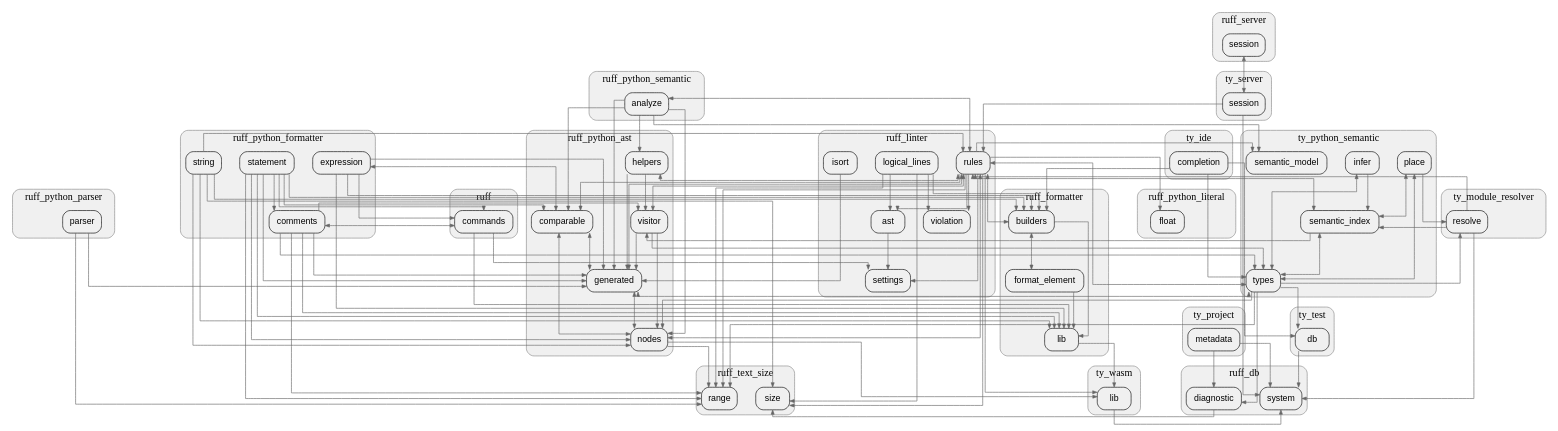
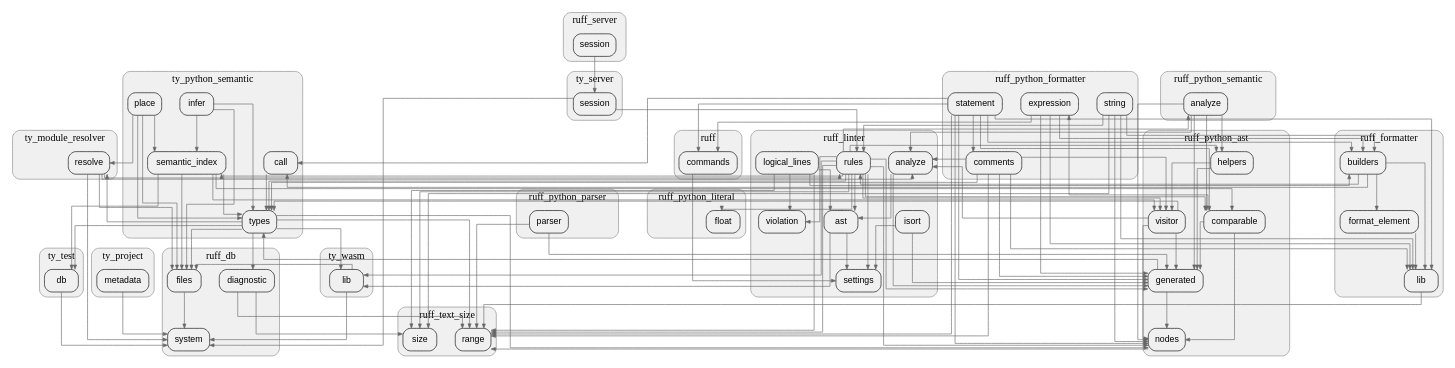
One commit to allenanswerzq/llmcc changed the diagram in sample/rust/ruff-pagerank/depth_2_module.dot. Above: the diagram before and after it, drawn with Graphviz. The commit also changed 237 other files, not shown here.

```diff
--- a/sample/rust/ruff-pagerank/depth_2_module.dot
+++ b/sample/rust/ruff-pagerank/depth_2_module.dot
@@ -31,6 +31,7 @@
     fontname="Helvetica Bold";
 
     mod_ruff_db_diagnostic[label="diagnostic"];
+    mod_ruff_db_files[label="files"];
     mod_ruff_db_system[label="system"];
   }
 
@@ -53,6 +54,7 @@
     bgcolor="#f0f0f0";
     fontname="Helvetica Bold";
 
+    mod_ruff_linter_analyze[label="analyze"];
     mod_ruff_linter_ast[label="ast"];
     mod_ruff_linter_isort[label="isort"];
     mod_ruff_linter_logical_lines[label="logical_lines"];
@@ -139,16 +141,6 @@
     mod_ruff_text_size_size[label="size"];
   }
 
-  subgraph cluster_ty_ide {
-    label="ty_ide";
-    style=rounded;
-    color="#888888";
-    bgcolor="#f0f0f0";
-    fontname="Helvetica Bold";
-
-    mod_ty_ide_completion[label="completion"];
-  }
-
   subgraph cluster_ty_module_resolver {
     label="ty_module_resolver";
     style=rounded;
@@ -176,10 +168,10 @@
     bgcolor="#f0f0f0";
     fontname="Helvetica Bold";
 
+    mod_ty_python_semantic_call[label="call"];
     mod_ty_python_semantic_infer[label="infer"];
     mod_ty_python_semantic_place[label="place"];
     mod_ty_python_semantic_semantic_index[label="semantic_index"];
-    mod_ty_python_semantic_semantic_model[label="semantic_model"];
     mod_ty_python_semantic_types[label="types"];
   }
 
@@ -214,16 +206,21 @@
   }
 
 
-  mod_ruff_commands -> mod_ruff_formatter_lib;
   mod_ruff_commands -> mod_ruff_linter_settings;
-  mod_ruff_commands -> mod_ruff_python_formatter_comments [dir=both]; // dir best-effort not accurate
+  mod_ruff_db_diagnostic -> mod_ruff_text_size_range;
   mod_ruff_db_diagnostic -> mod_ruff_text_size_size;
-  mod_ruff_formatter_builders -> mod_ruff_formatter_format_element [dir=both]; // dir best-effort not accurate
+  mod_ruff_db_files -> mod_ruff_db_system;
+  mod_ruff_formatter_builders -> mod_ruff_formatter_format_element;
   mod_ruff_formatter_builders -> mod_ruff_formatter_lib;
-  mod_ruff_formatter_builders -> mod_ruff_linter_rules [dir=both]; // dir best-effort not accurate
+  mod_ruff_formatter_builders -> mod_ruff_linter_rules;
+  mod_ruff_formatter_builders -> mod_ty_python_semantic_call;
   mod_ruff_formatter_format_element -> mod_ruff_formatter_lib;
-  mod_ruff_formatter_lib -> mod_ty_wasm_lib;
+  mod_ruff_formatter_lib -> mod_ruff_text_size_range;
+  mod_ruff_linter_analyze -> mod_ruff_linter_ast;
+  mod_ruff_linter_analyze -> mod_ruff_python_ast_generated;
   mod_ruff_linter_ast -> mod_ruff_linter_settings;
+  mod_ruff_linter_ast -> mod_ty_wasm_lib;
+  mod_ruff_linter_isort -> mod_ruff_linter_settings;
   mod_ruff_linter_isort -> mod_ruff_python_ast_generated;
   mod_ruff_linter_logical_lines -> mod_ruff_formatter_builders;
   mod_ruff_linter_logical_lines -> mod_ruff_linter_ast;
@@ -234,31 +231,31 @@
   mod_ruff_linter_rules -> mod_ruff_linter_settings;
   mod_ruff_linter_rules -> mod_ruff_linter_violation;
   mod_ruff_linter_rules -> mod_ruff_python_ast_comparable;
-  mod_ruff_linter_rules -> mod_ruff_python_ast_generated [dir=both]; // dir best-effort not accurate
-  mod_ruff_linter_rules -> mod_ruff_python_ast_helpers [dir=both]; // dir best-effort not accurate
-  mod_ruff_linter_rules -> mod_ruff_python_ast_nodes [dir=both]; // dir best-effort not accurate
-  mod_ruff_linter_rules -> mod_ruff_python_ast_visitor [dir=both]; // dir best-effort not accurate
+  mod_ruff_linter_rules -> mod_ruff_python_ast_generated;
+  mod_ruff_linter_rules -> mod_ruff_python_ast_helpers;
+  mod_ruff_linter_rules -> mod_ruff_python_ast_nodes;
+  mod_ruff_linter_rules -> mod_ruff_python_ast_visitor;
   mod_ruff_linter_rules -> mod_ruff_python_literal_float;
-  mod_ruff_linter_rules -> mod_ruff_python_semantic_analyze [dir=both]; // dir best-effort not accurate
+  mod_ruff_linter_rules -> mod_ruff_python_semantic_analyze;
   mod_ruff_linter_rules -> mod_ruff_text_size_range;
   mod_ruff_linter_rules -> mod_ruff_text_size_size;
-  mod_ruff_linter_rules -> mod_ty_python_semantic_semantic_index [dir=both]; // dir best-effort not accurate
-  mod_ruff_linter_rules -> mod_ty_python_semantic_semantic_model;
-  mod_ruff_linter_rules -> mod_ty_python_semantic_types [dir=both]; // dir best-effort not accurate
+  mod_ruff_linter_rules -> mod_ty_python_semantic_semantic_index;
+  mod_ruff_linter_rules -> mod_ty_python_semantic_types;
   mod_ruff_linter_rules -> mod_ty_wasm_lib;
-  mod_ruff_python_ast_comparable -> mod_ruff_python_ast_generated [dir=both]; // dir best-effort not accurate
-  mod_ruff_python_ast_comparable -> mod_ruff_python_ast_nodes [dir=both]; // dir best-effort not accurate
-  mod_ruff_python_ast_comparable -> mod_ruff_python_formatter_expression [dir=both]; // dir best-effort not accurate
-  mod_ruff_python_ast_generated -> mod_ruff_python_ast_nodes [dir=both]; // dir best-effort not accurate
-  mod_ruff_python_ast_generated -> mod_ty_python_semantic_types [dir=both]; // dir best-effort not accurate
+  mod_ruff_python_ast_comparable -> mod_ruff_python_ast_generated;
+  mod_ruff_python_ast_comparable -> mod_ruff_python_ast_nodes;
+  mod_ruff_python_ast_comparable -> mod_ruff_python_formatter_expression;
+  mod_ruff_python_ast_generated -> mod_ruff_python_ast_nodes;
+  mod_ruff_python_ast_generated -> mod_ty_python_semantic_types;
   mod_ruff_python_ast_helpers -> mod_ruff_python_ast_generated;
   mod_ruff_python_ast_helpers -> mod_ruff_python_ast_visitor;
   mod_ruff_python_ast_nodes -> mod_ruff_text_size_range;
-  mod_ruff_python_ast_nodes -> mod_ty_wasm_lib;
+  mod_ruff_python_ast_visitor -> mod_ruff_linter_analyze;
   mod_ruff_python_ast_visitor -> mod_ruff_python_ast_generated;
   mod_ruff_python_ast_visitor -> mod_ruff_python_ast_nodes;
   mod_ruff_python_ast_visitor -> mod_ty_python_semantic_types;
   mod_ruff_python_formatter_comments -> mod_ruff_formatter_lib;
+  mod_ruff_python_formatter_comments -> mod_ruff_linter_analyze;
   mod_ruff_python_formatter_comments -> mod_ruff_python_ast_generated;
   mod_ruff_python_formatter_comments -> mod_ruff_python_ast_visitor;
   mod_ruff_python_formatter_comments -> mod_ruff_text_size_range;
@@ -275,6 +272,7 @@
   mod_ruff_python_formatter_statement -> mod_ruff_python_ast_nodes;
   mod_ruff_python_formatter_statement -> mod_ruff_python_formatter_comments;
   mod_ruff_python_formatter_statement -> mod_ruff_text_size_range;
+  mod_ruff_python_formatter_statement -> mod_ty_python_semantic_call;
   mod_ruff_python_formatter_string -> mod_ruff_formatter_builders;
   mod_ruff_python_formatter_string -> mod_ruff_formatter_lib;
   mod_ruff_python_formatter_string -> mod_ruff_linter_rules;
@@ -282,34 +280,40 @@
   mod_ruff_python_formatter_string -> mod_ruff_text_size_size;
   mod_ruff_python_parser_parser -> mod_ruff_python_ast_generated;
   mod_ruff_python_parser_parser -> mod_ruff_text_size_range;
+  mod_ruff_python_semantic_analyze -> mod_ruff_linter_analyze;
   mod_ruff_python_semantic_analyze -> mod_ruff_python_ast_comparable;
   mod_ruff_python_semantic_analyze -> mod_ruff_python_ast_generated;
   mod_ruff_python_semantic_analyze -> mod_ruff_python_ast_helpers;
   mod_ruff_python_semantic_analyze -> mod_ruff_python_ast_nodes;
-  mod_ruff_python_semantic_analyze -> mod_ty_python_semantic_semantic_model;
-  mod_ruff_server_session -> mod_ty_server_session [dir=both]; // dir best-effort not accurate
-  mod_ty_ide_completion -> mod_ruff_formatter_builders;
-  mod_ty_ide_completion -> mod_ty_python_semantic_types;
-  mod_ty_ide_completion -> mod_ty_test_db;
+  mod_ruff_server_session -> mod_ty_server_session;
+  mod_ty_module_resolver_resolve -> mod_ruff_db_files;
   mod_ty_module_resolver_resolve -> mod_ruff_db_system;
+  mod_ty_module_resolver_resolve -> mod_ruff_linter_analyze;
   mod_ty_module_resolver_resolve -> mod_ruff_linter_rules;
-  mod_ty_module_resolver_resolve -> mod_ty_python_semantic_semantic_index;
-  mod_ty_project_metadata -> mod_ruff_db_diagnostic;
   mod_ty_project_metadata -> mod_ruff_db_system;
+  mod_ty_python_semantic_call -> mod_ty_python_semantic_types;
+  mod_ty_python_semantic_infer -> mod_ruff_db_files;
   mod_ty_python_semantic_infer -> mod_ty_python_semantic_semantic_index;
-  mod_ty_python_semantic_infer -> mod_ty_python_semantic_types [dir=both]; // dir best-effort not accurate
+  mod_ty_python_semantic_infer -> mod_ty_python_semantic_types;
+  mod_ty_python_semantic_place -> mod_ruff_db_files;
   mod_ty_python_semantic_place -> mod_ty_module_resolver_resolve;
-  mod_ty_python_semantic_place -> mod_ty_python_semantic_semantic_index [dir=both]; // dir best-effort not accurate
-  mod_ty_python_semantic_place -> mod_ty_python_semantic_types [dir=both]; // dir best-effort not accurate
+  mod_ty_python_semantic_place -> mod_ty_python_semantic_semantic_index;
+  mod_ty_python_semantic_place -> mod_ty_python_semantic_types;
+  mod_ty_python_semantic_semantic_index -> mod_ruff_db_files;
+  mod_ty_python_semantic_semantic_index -> mod_ruff_python_ast_comparable;
   mod_ty_python_semantic_semantic_index -> mod_ruff_python_ast_visitor;
-  mod_ty_python_semantic_semantic_index -> mod_ty_python_semantic_types [dir=both]; // dir best-effort not accurate
+  mod_ty_python_semantic_semantic_index -> mod_ty_python_semantic_types;
+  mod_ty_python_semantic_semantic_index -> mod_ty_test_db;
   mod_ty_python_semantic_types -> mod_ruff_db_diagnostic;
+  mod_ty_python_semantic_types -> mod_ruff_db_files;
   mod_ty_python_semantic_types -> mod_ruff_python_ast_nodes;
   mod_ty_python_semantic_types -> mod_ruff_text_size_range;
   mod_ty_python_semantic_types -> mod_ty_module_resolver_resolve;
   mod_ty_python_semantic_types -> mod_ty_test_db;
+  mod_ty_python_semantic_types -> mod_ty_wasm_lib;
   mod_ty_server_session -> mod_ruff_db_system;
   mod_ty_server_session -> mod_ruff_linter_rules;
   mod_ty_test_db -> mod_ruff_db_system;
+  mod_ty_wasm_lib -> mod_ruff_db_files;
   mod_ty_wasm_lib -> mod_ruff_db_system;
 }
```
